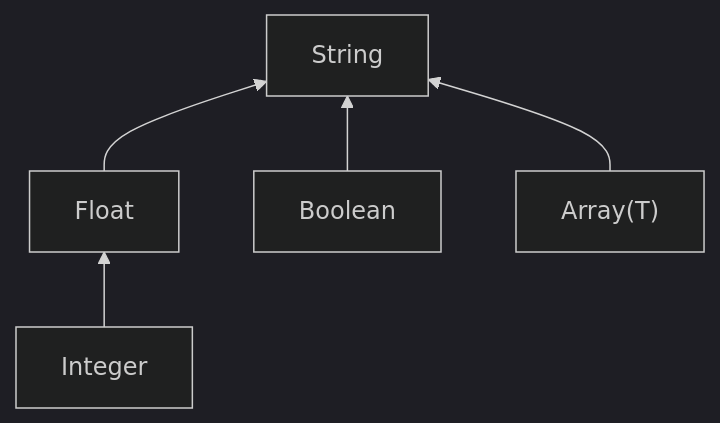
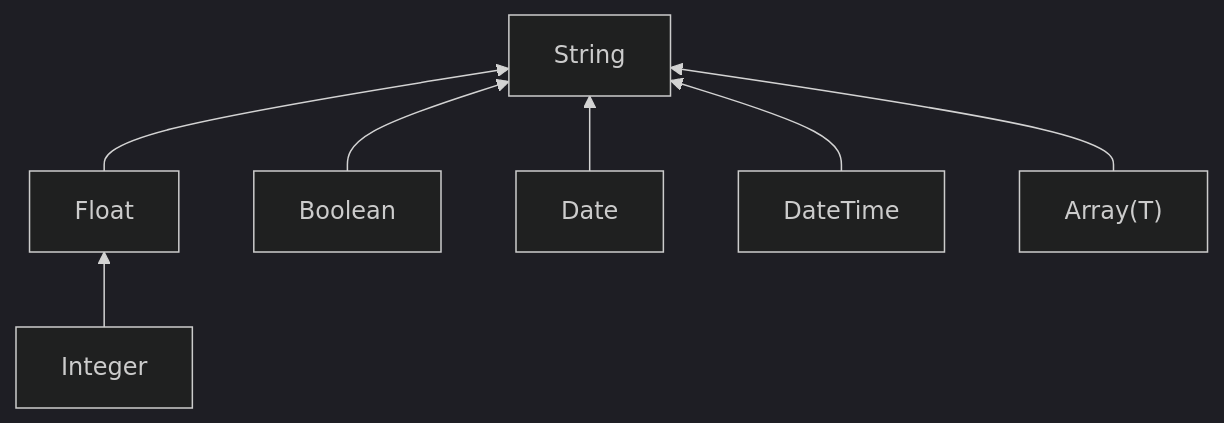
One commit to edochi/mdvs changed the diagram in book/src/concepts/types.md. Above: the diagram before and after it, drawn with Mermaid (dark theme). The commit also changed other lines of this file and 11 other files, not shown here.

First line of the commit message:
docs(types): document Date + DateTime + close TODO-0007 (Wave 4)

````diff
--- a/book/src/concepts/types.md
+++ b/book/src/concepts/types.md
@@ -89,7 +191,9 @@
 ```mermaid
 graph BT
     Integer --> Float
     Float --> String
     Boolean --> String
+    Date --> String
+    DateTime --> String
     Array["Array(T)"] --> String
 ```
````
